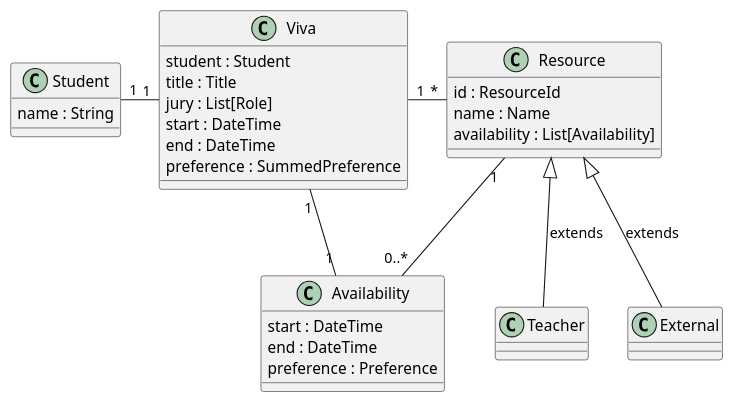
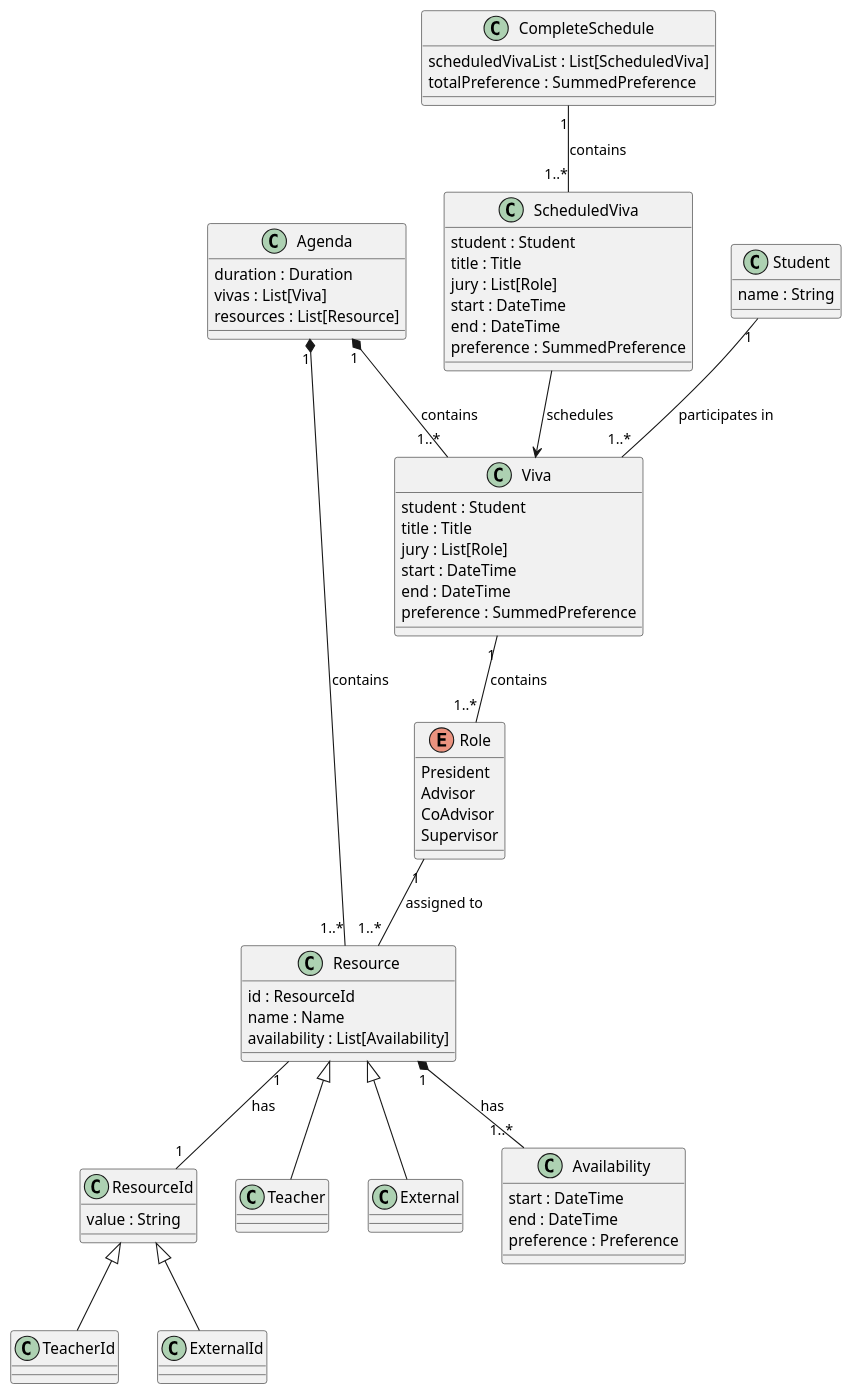
One commit to vitorpereiraa/meeting-scheduler changed the diagram in diagrams/DomainModel.puml. Above: the diagram before and after it, drawn with PlantUML. The commit also changed 2 other files, not shown here.

```diff
--- a/diagrams/DomainModel.puml
+++ b/diagrams/DomainModel.puml
@@ -1,32 +1,64 @@
 @startuml
-Class Resource
-Class Availability
-Class Viva
-Class Student
-Class Teacher
-Class External
 
-Resource : id : ResourceId
-Resource : name : Name
-Resource : availability : List[Availability]
+class Agenda 
+Agenda : duration : Duration
+Agenda : vivas : List[Viva]
+Agenda : resources : List[Resource]
 
-Availability : start : DateTime
-Availability : end : DateTime
-Availability : preference : Preference
-
+class Viva 
 Viva : student : Student
 Viva : title : Title
 Viva : jury : List[Role]
 Viva : start : DateTime
 Viva : end : DateTime
 Viva : preference : SummedPreference
 
+enum Role 
+Role : President
+Role : Advisor
+Role : CoAdvisor
+Role : Supervisor
+
+class Resource 
+Resource : id : ResourceId
+Resource : name : Name
+Resource : availability : List[Availability]
+
+class ResourceId
+ResourceId : value : String
+
+class TeacherId extends ResourceId
+class ExternalId extends ResourceId
+
+class Teacher extends Resource
+class External extends Resource
+
+Availability : start : DateTime
+Availability : end : DateTime
+Availability : preference : Preference
+
+class ScheduledViva 
+ScheduledViva : student : Student
+ScheduledViva : title : Title
+ScheduledViva : jury : List[Role]
+ScheduledViva : start : DateTime
+ScheduledViva : end : DateTime
+ScheduledViva : preference : SummedPreference
+
+class CompleteSchedule 
+CompleteSchedule : scheduledVivaList : List[ScheduledViva]
+CompleteSchedule : totalPreference : SummedPreference
+
 Student : name : String
 
-Resource <|-- Teacher : extends
-Resource <|-- External : extends
-Viva "1" - "*" Resource
-Viva "1" - "1" Availability
-Resource "1" -- "0..*" Availability
-Student "1" - "1" Viva
+Agenda "1" *-- "1..*" Viva : contains
+Agenda "1" *-- "1..*" Resource : contains
+Viva "1" -- "1..*" Role : contains
+Resource "1" *-- "1..*" Availability : has
+ScheduledViva --> Viva : schedules
+CompleteSchedule "1" -- "1..*" ScheduledViva : contains
+Student "1" -- "1..*" Viva : participates in
+Role "1" -- "1..*" Resource : assigned to
+Resource "1" -- "1" ResourceId : has
+
 @enduml
```
